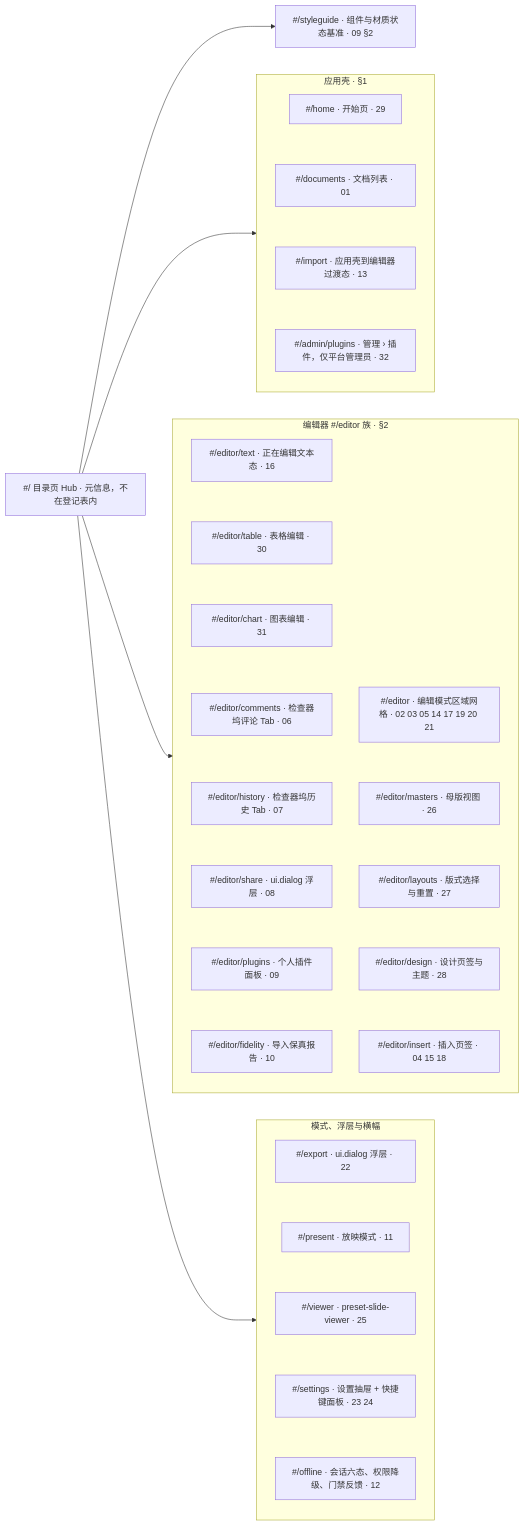
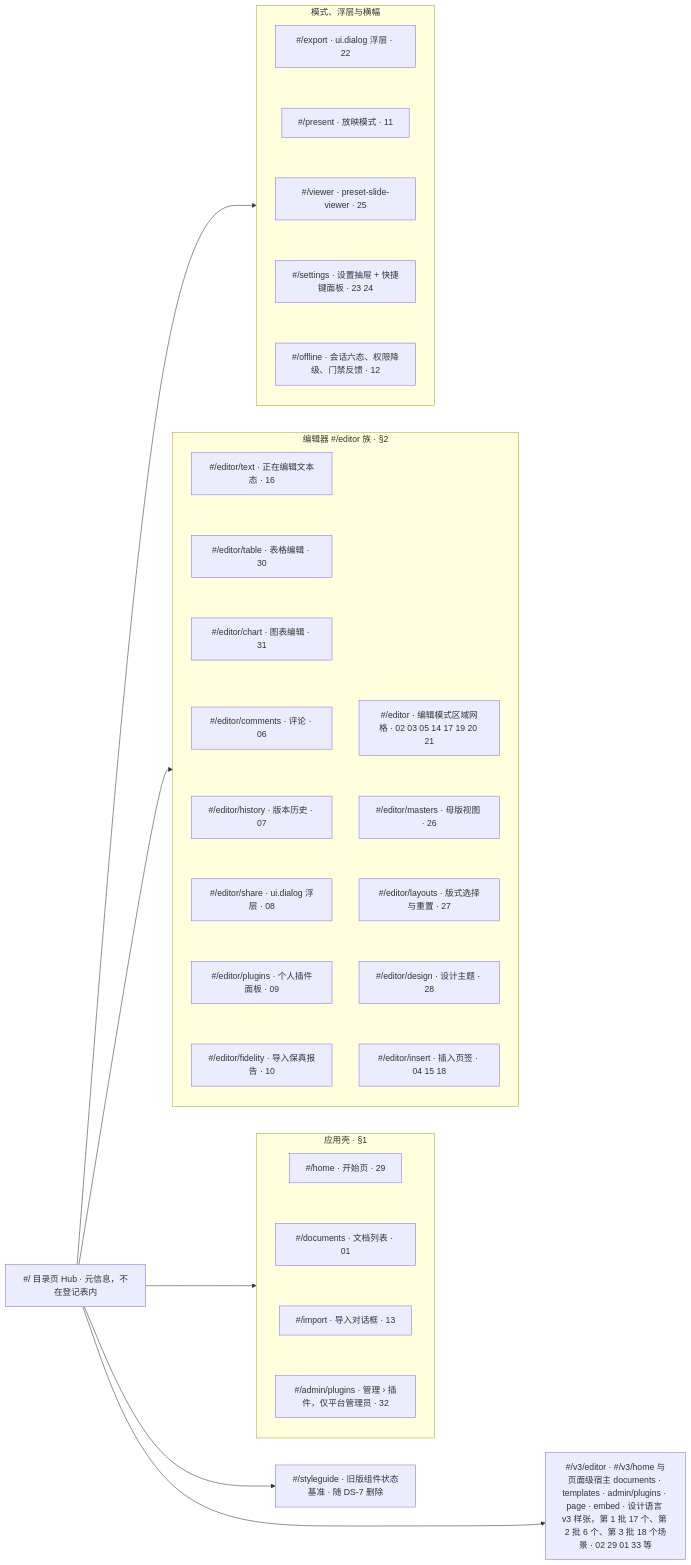
The seventh of 7 diagrams in docs/20-design/01-information-architecture.md (Xeonice/cordis-ppt-editor), drawn with Mermaid before and after one commit. The commit also changed other lines of this file and 44 other files, not shown here.

First line of the commit message:
docs(design): 设计语言 v3：33 份界面规格、设计系统与设计规范

````diff
--- a/docs/20-design/01-information-architecture.md
+++ b/docs/20-design/01-information-architecture.md
@@ -376,42 +452,42 @@
 ```mermaid
 flowchart LR
   hub["#/ 目录页 Hub · 元信息，不在登记表内"]
-  sg["#/styleguide · 组件与材质状态基准 · 09 §2"]
+  sg["#/styleguide · 旧版组件状态基准 · 随 DS-7 删除"] ~~~ rV3["#/v3/editor · #/v3/home 与页面级宿主 documents · templates · admin/plugins · page · embed · 设计语言 v3 样张，第 1 批 17 个、第 2 批 6 个、第 3 批 18 个场景 · 02 29 01 33 等"]
   subgraph shellR["应用壳 · §1"]
     direction TB
     rHome["#/home · 开始页 · 29"]
     rDocs["#/documents · 文档列表 · 01"]
-    rImport["#/import · 应用壳到编辑器过渡态 · 13"] ~~~ rAdmin["#/admin/plugins · 管理 › 插件，仅平台管理员 · 32"]
+    rImport["#/import · 导入对话框 · 13"] ~~~ rAdmin["#/admin/plugins · 管理 › 插件，仅平台管理员 · 32"]
   end
   subgraph editorR["编辑器 #/editor 族 · §2"]
     direction TB
     rEditor["#/editor · 编辑模式区域网格 · 02 03 05 14 17 19 20 21"]
     rMasters["#/editor/masters · 母版视图 · 26"]
     rLayouts["#/editor/layouts · 版式选择与重置 · 27"]
-    rDesign["#/editor/design · 设计页签与主题 · 28"]
+    rDesign["#/editor/design · 设计主题 · 28"]
     rInsert["#/editor/insert · 插入页签 · 04 15 18"]
     rText["#/editor/text · 正在编辑文本态 · 16"]
     rTable["#/editor/table · 表格编辑 · 30"]
     rChart["#/editor/chart · 图表编辑 · 31"]
-    rComments["#/editor/comments · 检查器坞评论 Tab · 06"]
-    rHistory["#/editor/history · 检查器坞历史 Tab · 07"]
+    rComments["#/editor/comments · 评论 · 06"]
+    rHistory["#/editor/history · 版本历史 · 07"]
     rShare["#/editor/share · ui.dialog 浮层 · 08"]
     rPlugins["#/editor/plugins · 个人插件面板 · 09"] ~~~ rFidelity["#/editor/fidelity · 导入保真报告 · 10"]
   end
   subgraph modeR["模式、浮层与横幅"]
     direction TB
     rExport["#/export · ui.dialog 浮层 · 22"]
     rPresent["#/present · 放映模式 · 11"]
     rViewer["#/viewer · preset-slide-viewer · 25"]
     rSettings["#/settings · 设置抽屉 + 快捷键面板 · 23 24"]
     rOffline["#/offline · 会话六态、权限降级、门禁反馈 · 12"]
   end
-  hub --> sg
+  hub --> sg & rV3
   hub --> shellR
   hub --> editorR
   hub --> modeR
   rHome ~~~ rDocs ~~~ rImport
   rEditor ~~~ rMasters ~~~ rLayouts ~~~ rDesign ~~~ rInsert
   rText ~~~ rTable ~~~ rChart ~~~ rComments ~~~ rHistory ~~~ rShare ~~~ rPlugins
   rExport ~~~ rPresent ~~~ rViewer ~~~ rSettings ~~~ rOffline
 ```
````
